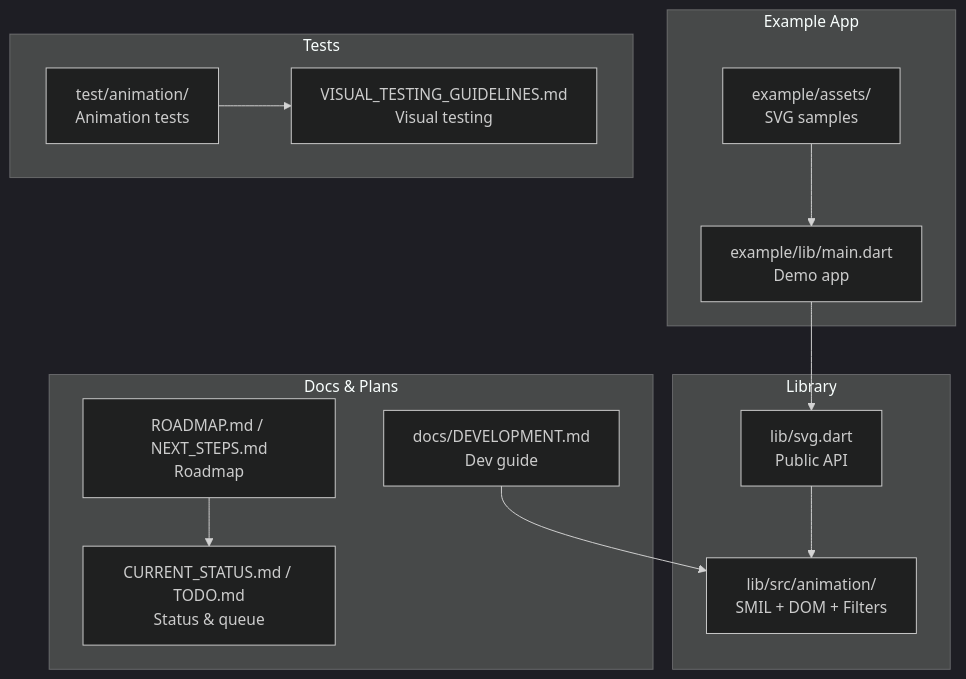
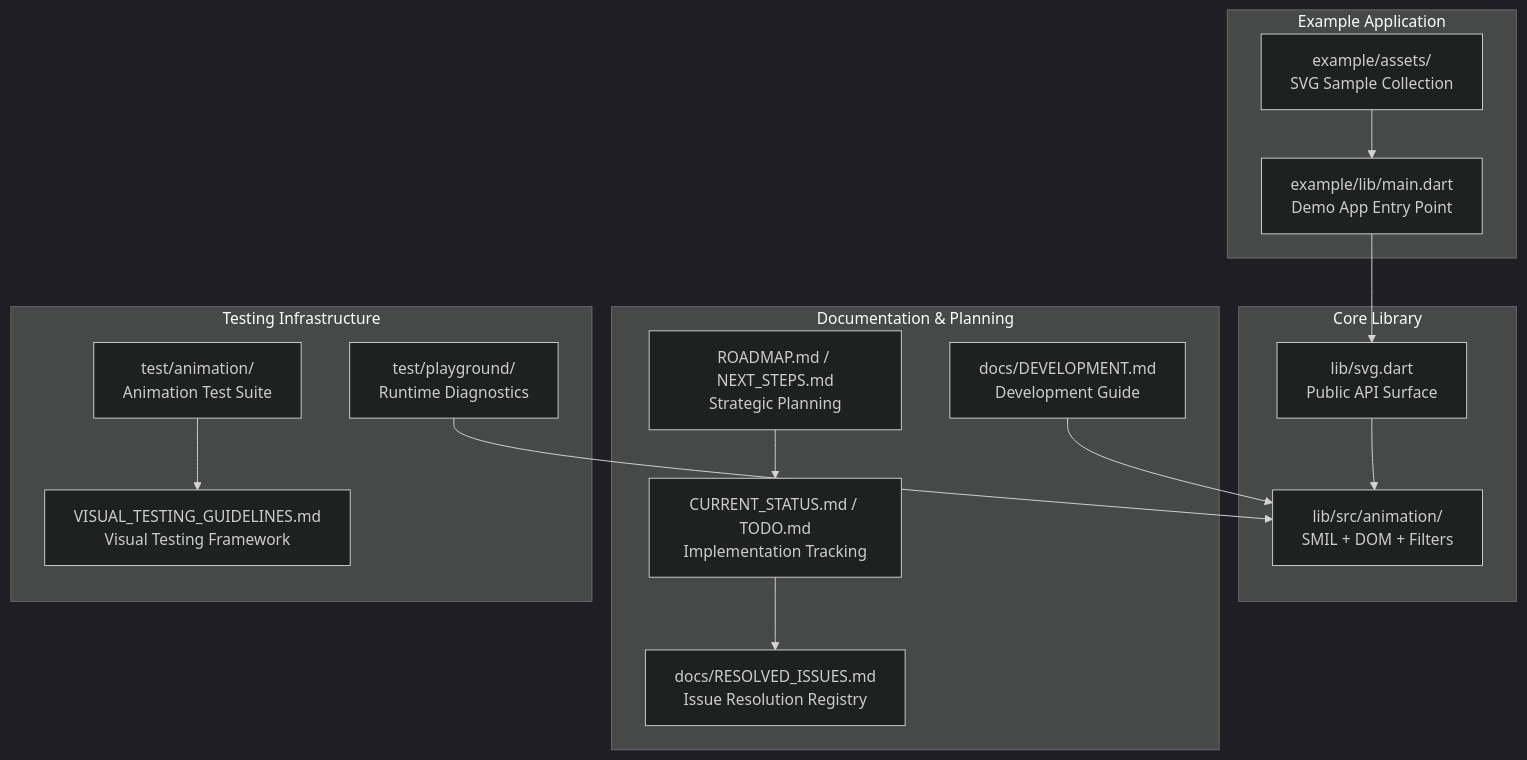
The diagram in .qoder/repowiki/en/content/Development and Contributing.md (denisnadey/flutter_full_svg_support), drawn with Mermaid (dark theme) before and after one commit. The commit also changed other lines of this file and 22 other files, not shown here.

First line of the commit message:
docs(development): overhaul development and contributing documentation

````diff
--- a/.qoder/repowiki/en/content/Development and Contributing.md
+++ b/.qoder/repowiki/en/content/Development and Contributing.md
@@ -45,26 +57,30 @@
 ```mermaid
 graph TB
-subgraph "Library"
-A["lib/svg.dart<br/>Public API"]
+subgraph "Core Library"
+A["lib/svg.dart<br/>Public API Surface"]
 B["lib/src/animation/<br/>SMIL + DOM + Filters"]
 end
-subgraph "Example App"
-C["example/lib/main.dart<br/>Demo app"]
-D["example/assets/<br/>SVG samples"]
+subgraph "Example Application"
+C["example/lib/main.dart<br/>Demo App Entry Point"]
+D["example/assets/<br/>SVG Sample Collection"]
 end
-subgraph "Docs & Plans"
-E["docs/DEVELOPMENT.md<br/>Dev guide"]
-F["ROADMAP.md / NEXT_STEPS.md<br/>Roadmap"]
-G["CURRENT_STATUS.md / TODO.md<br/>Status & queue"]
+subgraph "Documentation & Planning"
+E["docs/DEVELOPMENT.md<br/>Development Guide"]
+F["ROADMAP.md / NEXT_STEPS.md<br/>Strategic Planning"]
+G["CURRENT_STATUS.md / TODO.md<br/>Implementation Tracking"]
+H["docs/RESOLVED_ISSUES.md<br/>Issue Resolution Registry"]
 end
-subgraph "Tests"
-H["test/animation/<br/>Animation tests"]
-I["VISUAL_TESTING_GUIDELINES.md<br/>Visual testing"]
+subgraph "Testing Infrastructure"
+I["test/animation/<br/>Animation Test Suite"]
+J["VISUAL_TESTING_GUIDELINES.md<br/>Visual Testing Framework"]
+K["test/playground/<br/>Runtime Diagnostics"]
 end
 A --> B
 C --> A
 D --> C
 E --> B
 F --> G
-H --> I
+G --> H
+I --> J
+K --> B
 ```
````
